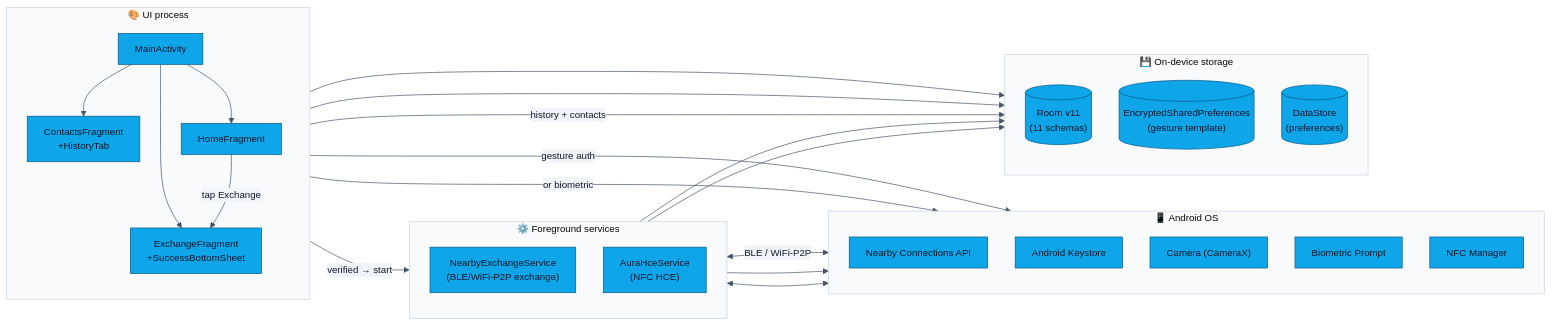
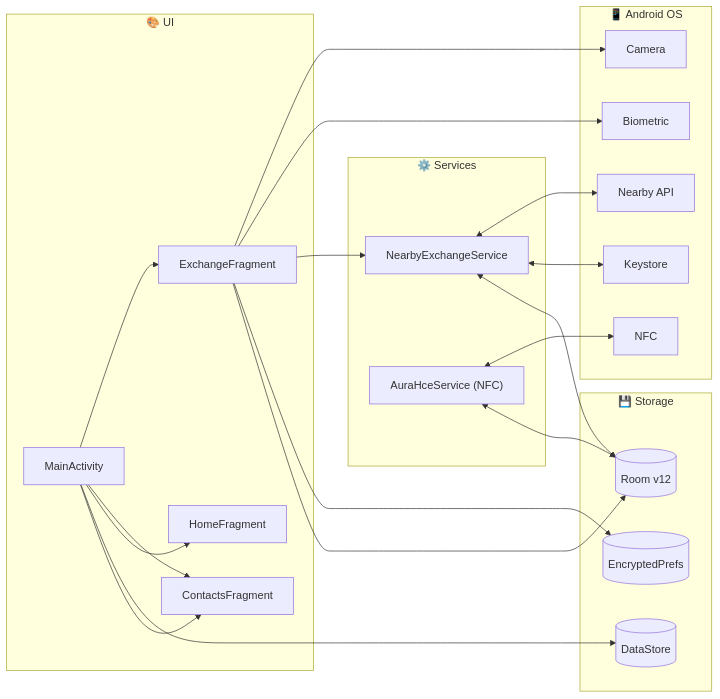
The second of 4 diagrams in docs/ARCHITECTURE.md (Yash-Awasthi/Aura), drawn with Mermaid before and after one commit. The commit also changed other lines of this file and 8 other files, not shown here.

````diff
--- a/docs/ARCHITECTURE.md
+++ b/docs/ARCHITECTURE.md
@@ -150,54 +49,20 @@
 ```mermaid
-%%{init: {'theme':'base','themeVariables':{
-  'fontFamily':'ui-monospace, SFMono-Regular, Menlo, Monaco, monospace',
-  'fontSize':'14px',
-  'primaryColor':'#0EA5E9',
-  'primaryTextColor':'#0F172A',
-  'primaryBorderColor':'#075985',
-  'lineColor':'#475569',
-  'secondaryColor':'#F1F5F9',
-  'tertiaryColor':'#FAFAF9',
-  'clusterBkg':'#F8FAFC',
-  'clusterBorder':'#CBD5E1'
-},'flowchart':{'curve':'basis','nodeSpacing':40,'rankSpacing':50,'padding':12}}}%%
 flowchart LR
-    subgraph FG["⚙️ Foreground services"]
-        direction TB
-        NES["NearbyExchangeService\n(BLE/WiFi-P2P exchange)"]:::service
-        HCE["AuraHceService\n(NFC HCE)"]:::service
+    subgraph UI["🎨 UI"]
+        MA["MainActivity"] --> EF["ExchangeFragment"] & CF["ContactsFragment"] & HF["HomeFragment"]
     end
-    subgraph UIp["🎨 UI process"]
-        direction TB
-        MA["MainActivity"]:::ui
-        EF["ExchangeFragment\n+SuccessBottomSheet"]:::ui
-        CF["ContactsFragment\n+HistoryTab"]:::ui
-        HF["HomeFragment"]:::ui
+    subgraph FG["⚙️ Services"]
+        NES["NearbyExchangeService"] & HCE["AuraHceService (NFC)"]
     end
     subgraph OS["📱 Android OS"]
-        direction TB
-        NC["Nearby Connections API"]:::muted
-        KS["Android Keystore"]:::muted
-        CAM["Camera (CameraX)"]:::muted
-        BIO["Biometric Prompt"]:::muted
-        NFC["NFC Manager"]:::muted
+        NC["Nearby API"] & KS["Keystore"] & CAM["Camera"] & BIO["Biometric"] & NFC["NFC"]
     end
-    subgraph STO["💾 On-device storage"]
-        direction TB
-        ROOM[("Room v11\n(11 schemas)")]:::data
-        ESP[("EncryptedSharedPreferences\n(gesture template)")]:::data
-        DSP[("DataStore\n(preferences)")]:::data
+    subgraph STO["💾 Storage"]
+        ROOM[("Room v12")] & ESP[("EncryptedPrefs")] & DSP[("DataStore")]
     end
-
-    MA --> EF & CF & HF
-    EF -->|"gesture auth"| CAM
-    EF -->|"or biometric"| BIO
-    EF -->|"verified → start"| NES
-    HF -->|"tap Exchange"| EF
-    NES <-->|"BLE / WiFi-P2P"| NC
-    NES --> KS & ROOM
-    HCE <--> NFC
-    HCE --> ROOM
-    EF --> ESP
-    MA --> DSP
-    CF -->|"history + contacts"| ROOM
+    EF --> CAM & BIO & NES
+    NES <--> NC & KS & ROOM
+    HCE <--> NFC & ROOM
+    EF --> ESP & ROOM
+    MA --> DSP & CF
 ```
````
